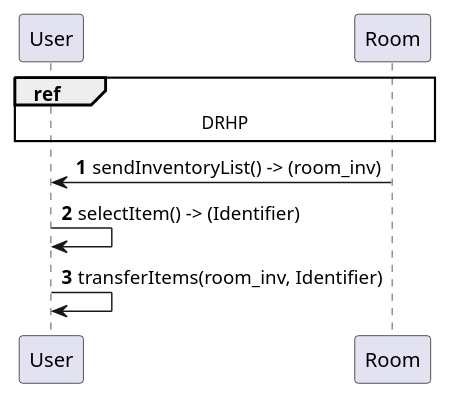
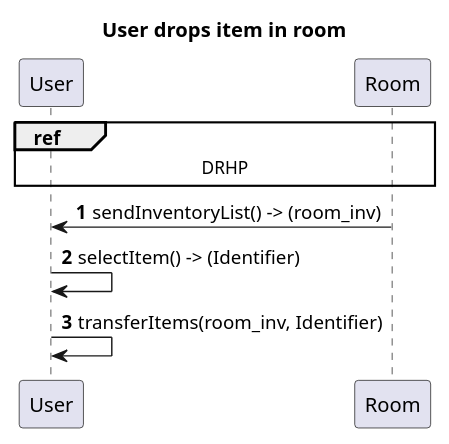
One commit to MysticMazeEducators/.github changed the diagram in resources/sequence_diagrams/drop_item.puml. Above: the diagram before and after it, drawn with PlantUML. The commit also changed 5 other files, not shown here.

```diff
--- a/resources/sequence_diagrams/drop_item.puml
+++ b/resources/sequence_diagrams/drop_item.puml
@@ -1,15 +1,15 @@
 @startuml
 'https://plantuml.com/sequence-diagram
-
+title User drops item in room
 autonumber
 
 participant "User" as U
 participant "Room" as R
 
 ref over U, R: DRHP
 
 R -> U: sendInventoryList() -> (room_inv)
 U -> U: selectItem() -> (Identifier)
 U -> U: transferItems(room_inv, Identifier)
 
 @enduml
```
